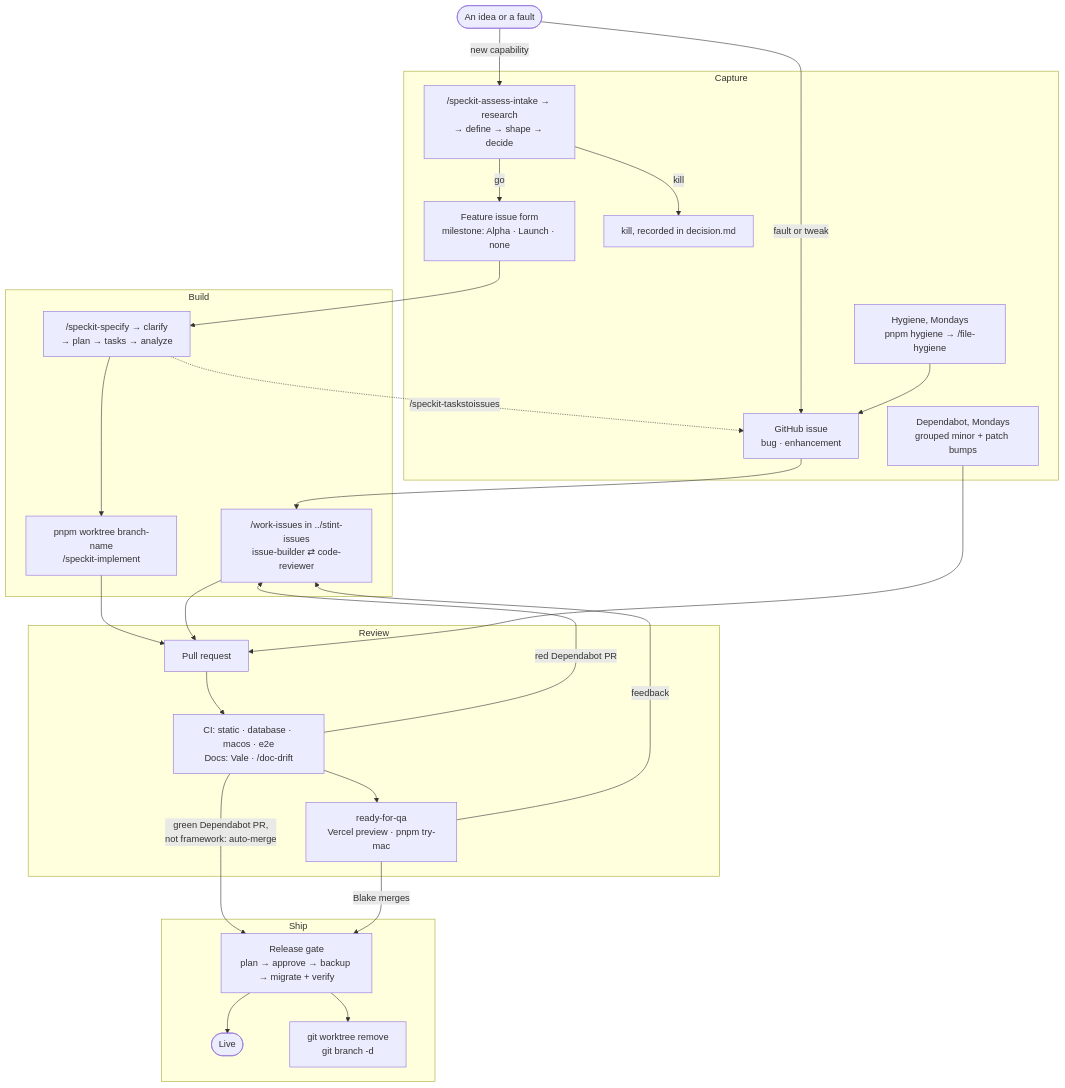
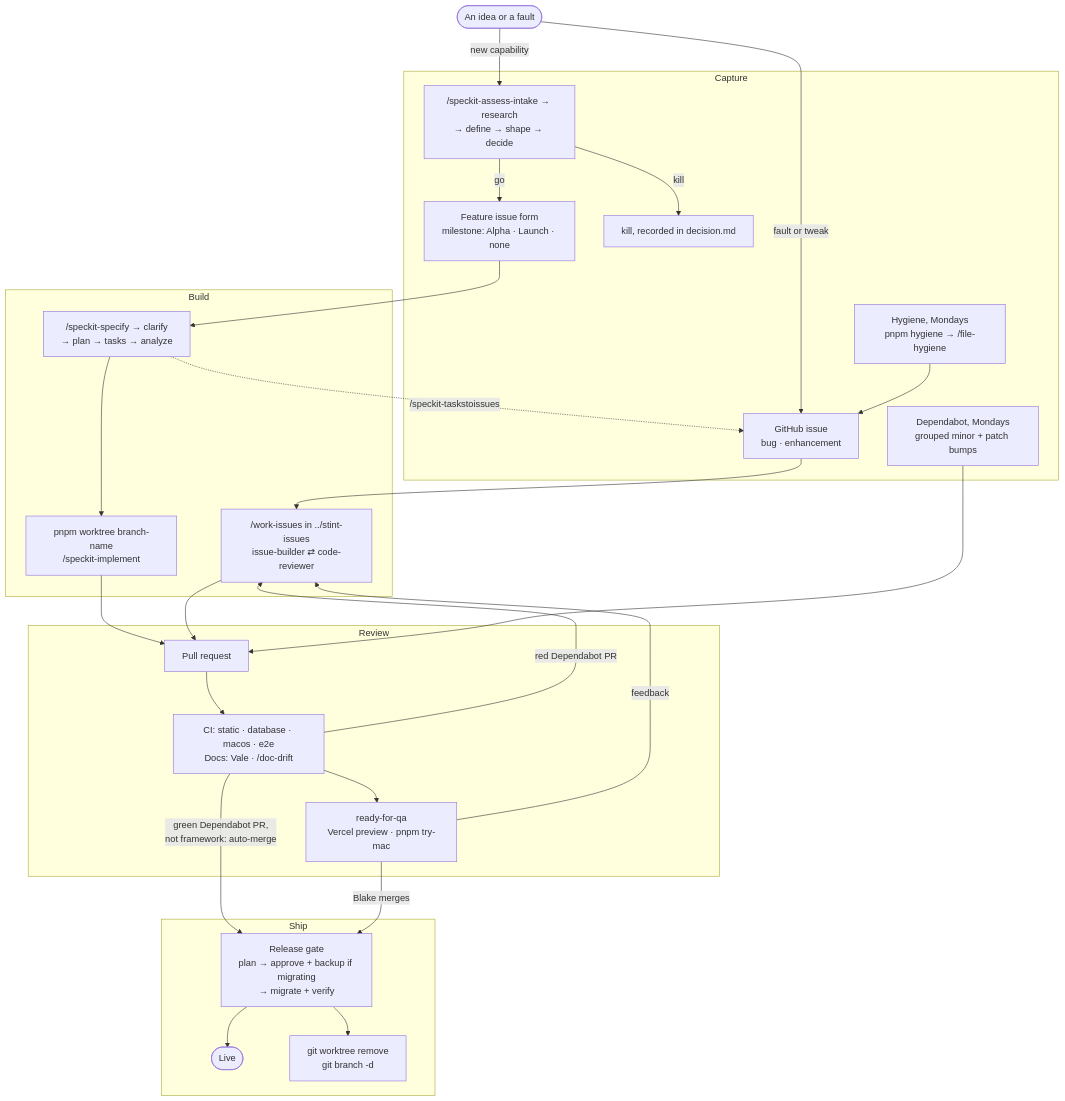
One commit to BlakeEriks/stint changed the diagram in docs/sdlc.md. Above: the diagram before and after it, drawn with Mermaid. The commit also changed 5 other files, not shown here.

First line of the commit message:
Release gate: approve only a release that migrates (#75)

````diff
--- a/docs/sdlc.md
+++ b/docs/sdlc.md
@@ -6,51 +6,51 @@
 ```mermaid
 flowchart TD
   idea([An idea or a fault])
 
   subgraph Capture
     issue["GitHub issue<br/>bug · enhancement"]
     assess["/speckit-assess-intake → research<br/>→ define → shape → decide"]
     feature["Feature issue form<br/>milestone: Alpha · Launch · none"]
     killed["kill, recorded in decision.md"]
     hygiene["Hygiene, Mondays<br/>pnpm hygiene → /file-hygiene"]
     deps["Dependabot, Mondays<br/>grouped minor + patch bumps"]
   end
 
   subgraph Build
     spec["/speckit-specify → clarify<br/>→ plan → tasks → analyze"]
     impl["pnpm worktree branch-name<br/>/speckit-implement"]
     wi["/work-issues in ../stint-issues<br/>issue-builder ⇄ code-reviewer"]
   end
 
   subgraph Review
     pr["Pull request"]
     ci["CI: static · database · macos · e2e<br/>Docs: Vale · /doc-drift"]
     qa["ready-for-qa<br/>Vercel preview · pnpm try-mac"]
   end
 
   subgraph Ship
-    release["Release gate<br/>plan → approve → backup → migrate + verify"]
+    release["Release gate<br/>plan → approve + backup if migrating<br/>→ migrate + verify"]
     live([Live])
     cleanup["git worktree remove<br/>git branch -d"]
   end
 
   idea -->|fault or tweak| issue
   idea -->|new capability| assess
   assess -->|go| feature
   assess -->|kill| killed
   hygiene --> issue
   feature --> spec
   spec --> impl
   spec -.->|/speckit-taskstoissues| issue
   issue --> wi
   impl --> pr
   wi --> pr
   deps --> pr
   pr --> ci --> qa
   ci -->|red Dependabot PR| wi
   ci -->|green Dependabot PR,<br/>not framework: auto-merge| release
   qa -->|feedback| wi
   qa -->|Blake merges| release
   release --> live
   release --> cleanup
 ```
````
